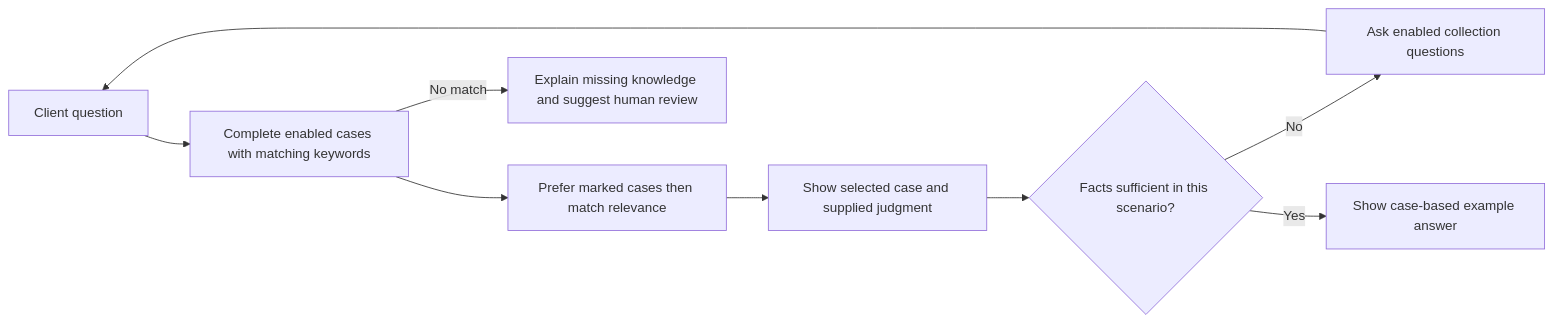
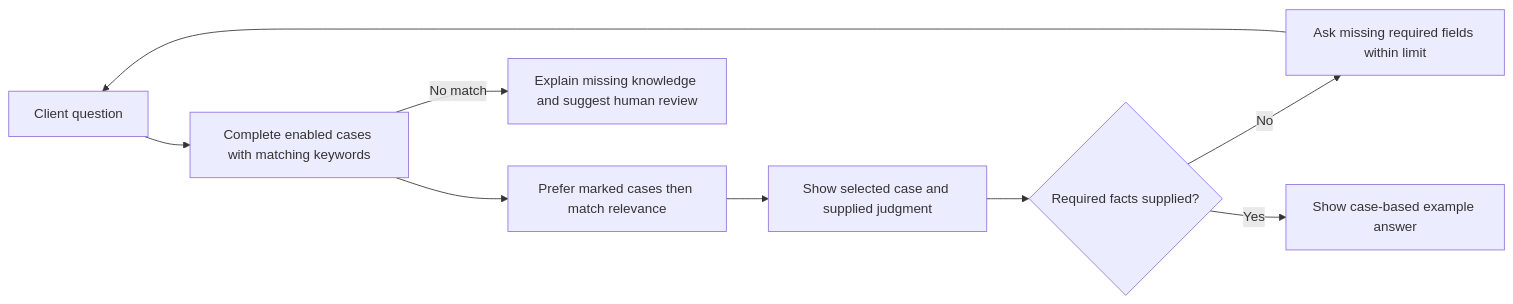
Before and after one commit to sanolamian12/neo-luddite: the third of 5 diagrams in design/agent-customization-flows.md, drawn with Mermaid. The commit also changed other lines of this file and 32 other files, not shown here.

````diff
--- a/design/agent-customization-flows.md
+++ b/design/agent-customization-flows.md
@@ -36,11 +36,11 @@
 ```mermaid
 flowchart LR
   Question[Client question] --> Eligible[Complete enabled cases with matching keywords]
   Eligible --> Rank[Prefer marked cases then match relevance]
   Rank --> Source[Show selected case and supplied judgment]
   Eligible -->|No match| NoAnswer[Explain missing knowledge and suggest human review]
-  Source --> Facts{Facts sufficient in this scenario?}
-  Facts -->|No| Ask[Ask enabled collection questions]
+  Source --> Facts{Required facts supplied?}
+  Facts -->|No| Ask[Ask missing required fields within limit]
   Ask --> Question
   Facts -->|Yes| Answer[Show case-based example answer]
 ```
````
